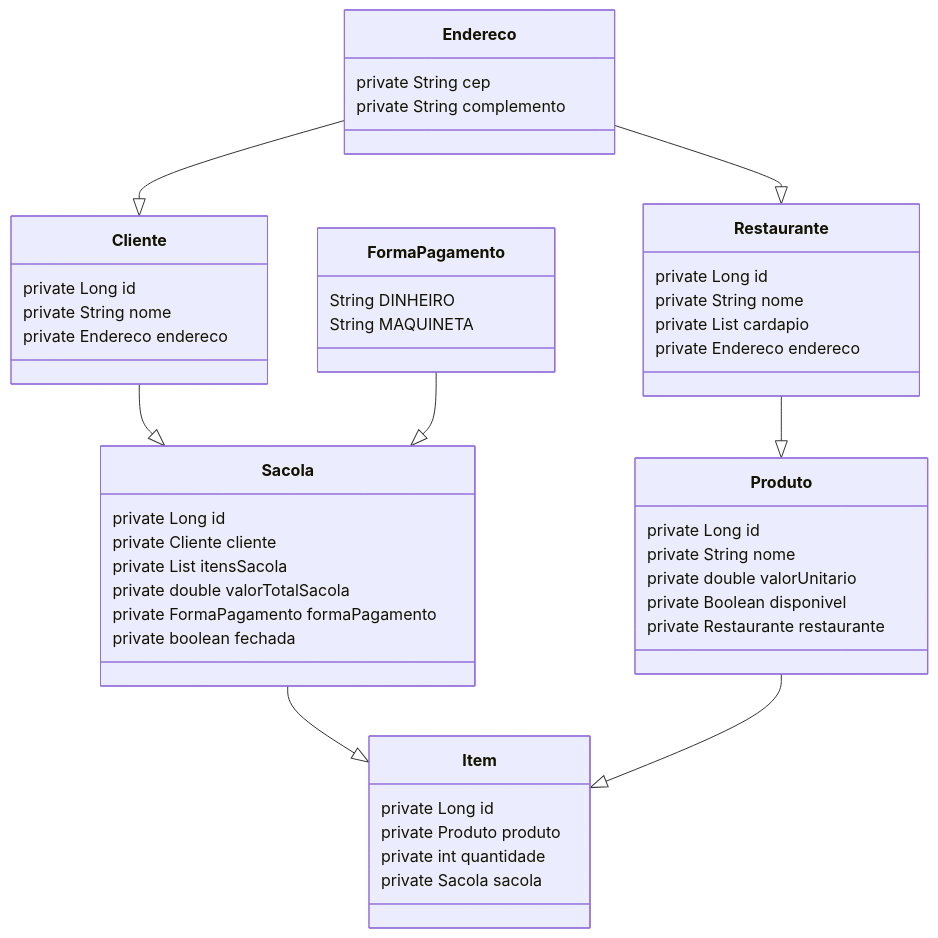
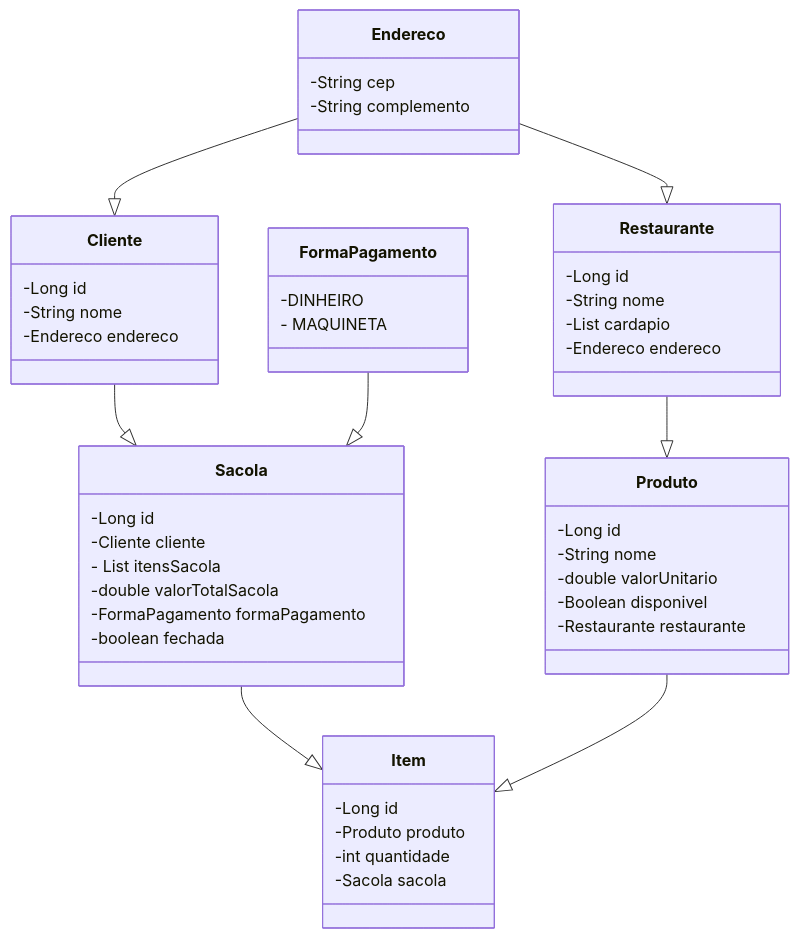
Before and after one commit to tfalc/Shop-Cart-API: the diagram in README.md, drawn with Mermaid.

````diff
--- a/README.md
+++ b/README.md
@@ -25,43 +25,43 @@
 ```mermaid
 classDiagram
 Cliente --|> Sacola
-Cliente : private Long id
-Cliente : private String nome
-Cliente : private Endereco endereco
+Cliente : -Long id
+Cliente : -String nome
+Cliente : -Endereco endereco
 
-Sacola : private Long id
-Sacola : private Cliente cliente
-Sacola : private List<Item> itensSacola
-Sacola : private double valorTotalSacola
-Sacola : private FormaPagamento formaPagamento
-Sacola : private boolean fechada
+Sacola : -Long id
+Sacola : -Cliente cliente
+Sacola : - List<Item> itensSacola
+Sacola : -double valorTotalSacola
+Sacola : -FormaPagamento formaPagamento
+Sacola : -boolean fechada
 
 Endereco --|> Cliente
-Endereco : private String cep
-Endereco : private String complemento
+Endereco : -String cep
+Endereco : -String complemento
 
 FormaPagamento --|> Sacola
-FormaPagamento : String DINHEIRO
-FormaPagamento : String MAQUINETA
+FormaPagamento : -DINHEIRO
+FormaPagamento : - MAQUINETA
 
 Endereco --|> Restaurante
 Restaurante --|> Produto
-Restaurante : private Long id
-Restaurante : private String nome
-Restaurante : private List<Produtos> cardapio
-Restaurante : private Endereco endereco
+Restaurante : -Long id
+Restaurante : -String nome
+Restaurante : -List<Produtos> cardapio
+Restaurante : -Endereco endereco
 
 Sacola --|> Item
 Produto --|> Item
-Item : private Long id
-Item : private Produto produto
-Item : private int quantidade
-Item : private Sacola sacola
+Item : -Long id
+Item : -Produto produto
+Item : -int quantidade
+Item : -Sacola sacola
 
-Produto : private Long id
-Produto : private String nome
-Produto : private double valorUnitario
-Produto : private Boolean disponivel
-Produto : private Restaurante restaurante
+Produto : -Long id
+Produto : -String nome
+Produto : -double valorUnitario
+Produto : -Boolean disponivel
+Produto : -Restaurante restaurante
  
 ```
````
